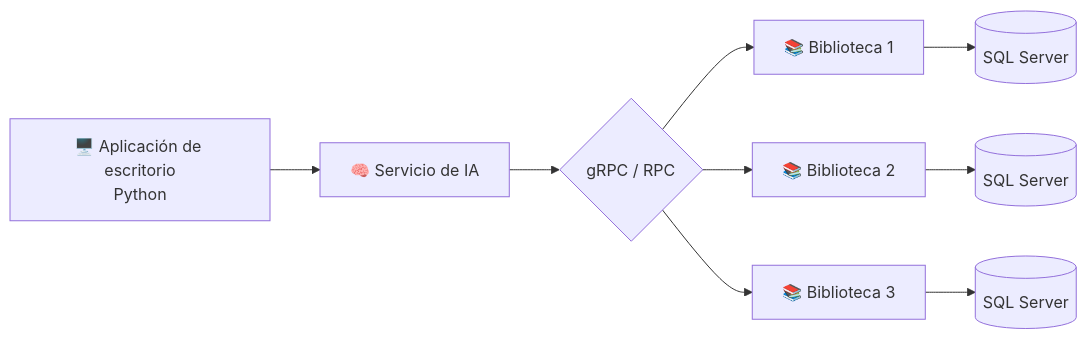
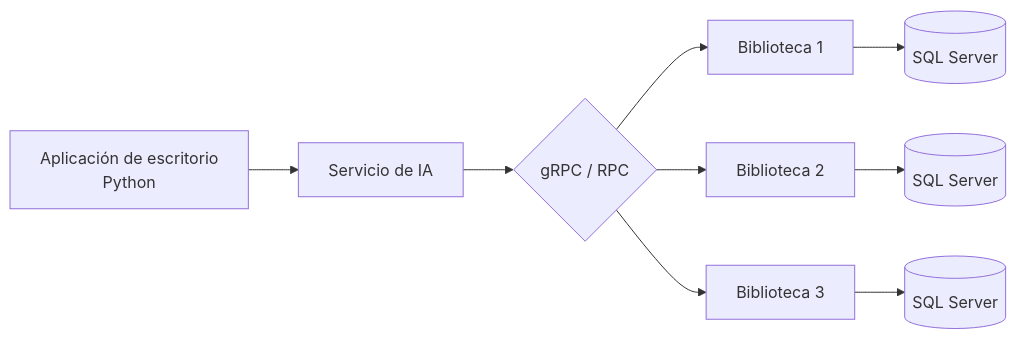
Before and after one commit to pipeeex/intelligent-library-search-system: the diagram in README.md, drawn with Mermaid. The commit also changed other lines of this file, not shown here.

````diff
--- a/README.md
+++ b/README.md
@@ -49,8 +49,8 @@
 ```mermaid
 flowchart LR
-    A[🖥️ Aplicación de escritorio<br/>Python] --> B[🧠 Servicio de IA]
+    A[ Aplicación de escritorio<br/>Python] --> B[ Servicio de IA]
     B --> C{gRPC / RPC}
-    C --> D[📚 Biblioteca 1] --> G[(SQL Server)]
-    C --> E[📚 Biblioteca 2] --> H[(SQL Server)]
-    C --> F[📚 Biblioteca 3] --> I[(SQL Server)]
+    C --> D[ Biblioteca 1] --> G[(SQL Server)]
+    C --> E[ Biblioteca 2] --> H[(SQL Server)]
+    C --> F[ Biblioteca 3] --> I[(SQL Server)]
 ```
````
